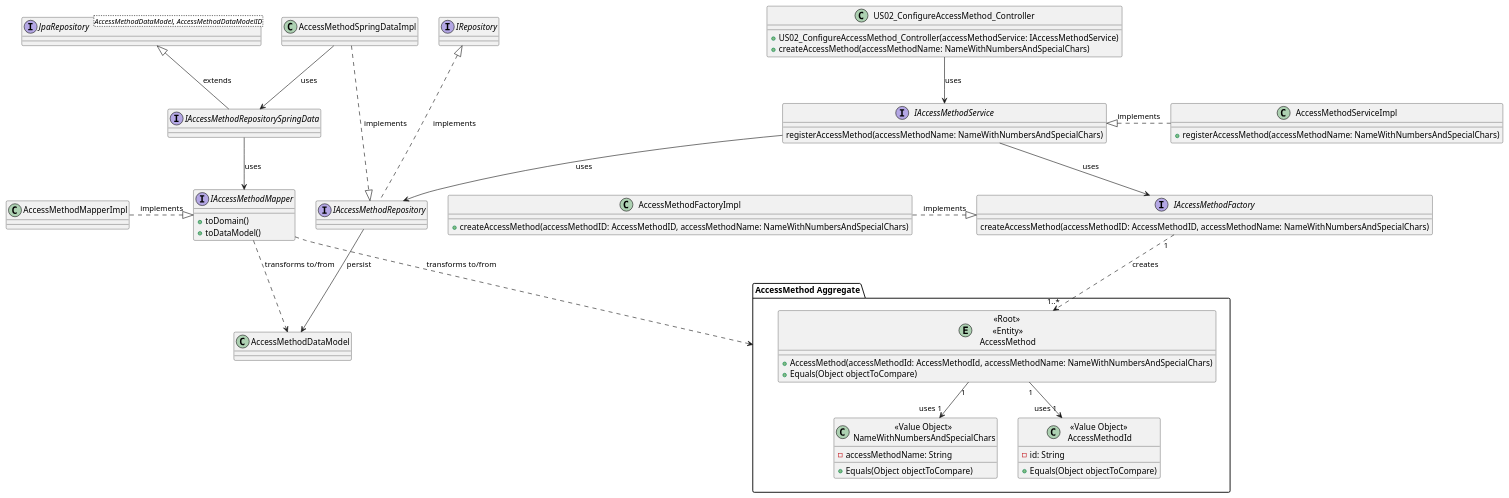
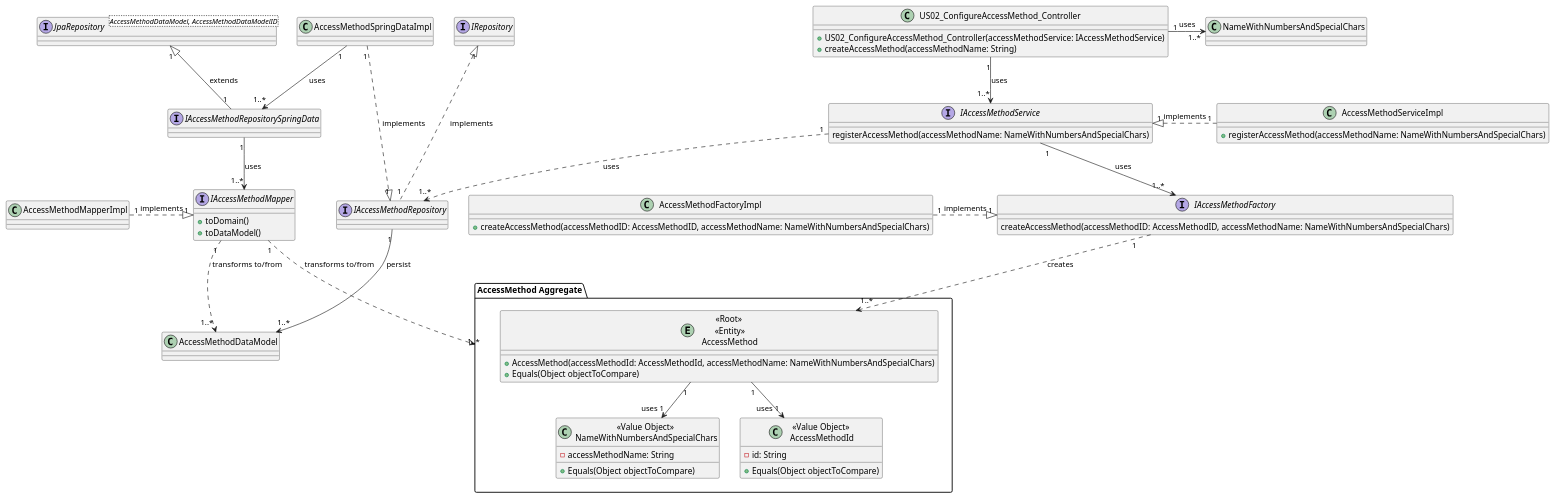
The diagram in docs/US02/US02_ConfigureAccessMethod_JPA_ClassDiagram.puml (GasparISEP/DevOps-PAI), drawn with PlantUML before and after one commit. The commit also changed 1 other file, not shown here.

Commit message:
Update ClassDiagrams US02 with the creation of NameWithNumbersAndSpecialChars VO. refs #299

```diff
--- a/docs/US02/US02_ConfigureAccessMethod_JPA_ClassDiagram.puml
+++ b/docs/US02/US02_ConfigureAccessMethod_JPA_ClassDiagram.puml
@@ -1,89 +1,92 @@
 @startuml
 
 
 package "AccessMethod Aggregate" {
     entity "<<Root>>\n <<Entity>>\n AccessMethod" as AME{
     + AccessMethod(accessMethodId: AccessMethodId, accessMethodName: NameWithNumbersAndSpecialChars)
     + Equals(Object objectToCompare)
     }
     class "<<Value Object>>\n NameWithNumbersAndSpecialChars" as VOName{
         - accessMethodName: String
         + Equals(Object objectToCompare)
     }
 
     class "<<Value Object>>\n AccessMethodId" as VOId{
         - id: String
         + Equals(Object objectToCompare)
     }
 }
 
 'uses
 AME "1" --> "uses 1" VOName
 AME "1" --> "uses 1" VOId
 
 interface IRepository {
 }
 
 class AccessMethodSpringDataImpl {
 }
 
 interface IAccessMethodFactory {
     createAccessMethod(accessMethodID: AccessMethodID, accessMethodName: NameWithNumbersAndSpecialChars)
 }
 
 class AccessMethodFactoryImpl {
      +createAccessMethod(accessMethodID: AccessMethodID, accessMethodName: NameWithNumbersAndSpecialChars)
 }
 
 interface IAccessMethodService {
   registerAccessMethod(accessMethodName: NameWithNumbersAndSpecialChars)
 }
 
 class AccessMethodServiceImpl {
     + registerAccessMethod(accessMethodName: NameWithNumbersAndSpecialChars)
 }
 
 interface JpaRepository<AccessMethodDataModel, AccessMethodDataModelID>{
 }
 
 class AccessMethodDataModel {
 }
 
 
 interface IAccessMethodRepository {
 }
 
 interface IAccessMethodMapper{
     + toDomain()
     + toDataModel()
 }
 
 class AccessMethodMapperImpl {
 }
 
 interface IAccessMethodRepositorySpringData{
 }
 
 
 class US02_ConfigureAccessMethod_Controller {
     +US02_ConfigureAccessMethod_Controller(accessMethodService: IAccessMethodService)
-    +createAccessMethod(accessMethodName: NameWithNumbersAndSpecialChars)
+    +createAccessMethod(accessMethodName: String)
 }
 
+class NameWithNumbersAndSpecialChars {
+}
 
-IAccessMethodRepositorySpringData -down-> IAccessMethodMapper: uses
-AccessMethodMapperImpl -right..|> IAccessMethodMapper: implements
-AccessMethodSpringDataImpl -down-> IAccessMethodRepositorySpringData: uses
-IAccessMethodRepositorySpringData -up-|> JpaRepository : extends
-AccessMethodSpringDataImpl ..|> IAccessMethodRepository: implements
-IAccessMethodRepository -up..|> IRepository: implements
+US02_ConfigureAccessMethod_Controller "1"->"1..*"NameWithNumbersAndSpecialChars: uses
+IAccessMethodRepositorySpringData "1"-down->"1..*" IAccessMethodMapper: uses
+AccessMethodMapperImpl "1"-right..|>"1" IAccessMethodMapper: implements
+AccessMethodSpringDataImpl "1"-down->"1..*" IAccessMethodRepositorySpringData: uses
+IAccessMethodRepositorySpringData "1"-up-|>"1" JpaRepository : extends
+AccessMethodSpringDataImpl "1"..|>"1" IAccessMethodRepository: implements
+IAccessMethodRepository "1"-up..|>"1" IRepository: implements
 IAccessMethodFactory "1" ..> "1..*" AME : creates
-US02_ConfigureAccessMethod_Controller -down-> IAccessMethodService: uses
-AccessMethodServiceImpl .left.|> IAccessMethodService: implements
-AccessMethodFactoryImpl .right.|> IAccessMethodFactory: implements
-IAccessMethodService -down-> IAccessMethodFactory: uses
-IAccessMethodRepository -down-> AccessMethodDataModel: persist
-IAccessMethodMapper ..> "AccessMethod Aggregate": transforms to/from
-IAccessMethodMapper ..> AccessMethodDataModel: transforms to/from
-IAccessMethodService --> IAccessMethodRepository: uses
+US02_ConfigureAccessMethod_Controller "1"-down->"1..*" IAccessMethodService: uses
+AccessMethodServiceImpl "1".left.|>"1" IAccessMethodService: implements
+AccessMethodFactoryImpl "1".right.|>"1" IAccessMethodFactory: implements
+IAccessMethodService "1"-down->"1..*" IAccessMethodFactory: uses
+IAccessMethodRepository "1"-down->"1..*" AccessMethodDataModel: persist
+IAccessMethodMapper "1"..>"1..*" "AccessMethod Aggregate": transforms to/from
+IAccessMethodMapper "1"..>"1..*" AccessMethodDataModel: transforms to/from
+IAccessMethodService "1"..>"1..*" IAccessMethodRepository: uses
 @enduml
```
